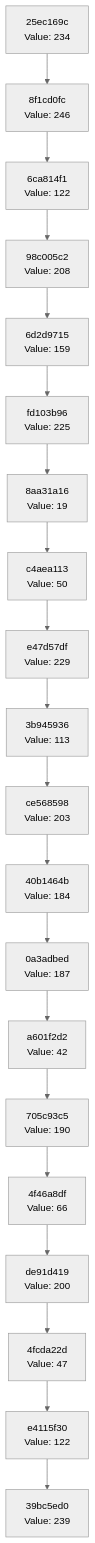
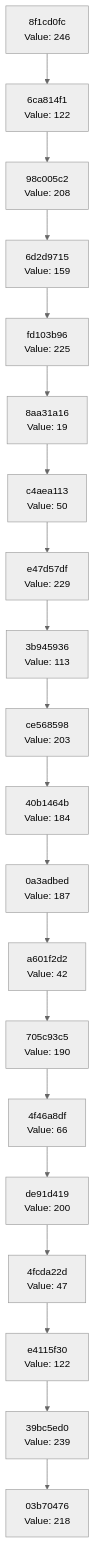
One commit to Abhisheksinha1506/hash-chain-evolver changed the diagram in docs/CHAIN_VISUALIZATION.md. Above: the diagram before and after it, drawn with Mermaid (neutral theme). The commit also changed 3 other files, not shown here.

````diff
--- a/docs/CHAIN_VISUALIZATION.md
+++ b/docs/CHAIN_VISUALIZATION.md
@@ -3,42 +3,42 @@
 ```mermaid
 graph TD
-    C0["39bc5ed0<br/>Value: 239"]
-    C1["e4115f30<br/>Value: 122"]
+    C0["03b70476<br/>Value: 218"]
+    C1["39bc5ed0<br/>Value: 239"]
     C1 --> C0
-    C2["4fcda22d<br/>Value: 47"]
+    C2["e4115f30<br/>Value: 122"]
     C2 --> C1
-    C3["de91d419<br/>Value: 200"]
+    C3["4fcda22d<br/>Value: 47"]
     C3 --> C2
-    C4["4f46a8df<br/>Value: 66"]
+    C4["de91d419<br/>Value: 200"]
     C4 --> C3
-    C5["705c93c5<br/>Value: 190"]
+    C5["4f46a8df<br/>Value: 66"]
     C5 --> C4
-    C6["a601f2d2<br/>Value: 42"]
+    C6["705c93c5<br/>Value: 190"]
     C6 --> C5
-    C7["0a3adbed<br/>Value: 187"]
+    C7["a601f2d2<br/>Value: 42"]
     C7 --> C6
-    C8["40b1464b<br/>Value: 184"]
+    C8["0a3adbed<br/>Value: 187"]
     C8 --> C7
-    C9["ce568598<br/>Value: 203"]
+    C9["40b1464b<br/>Value: 184"]
     C9 --> C8
-    C10["3b945936<br/>Value: 113"]
+    C10["ce568598<br/>Value: 203"]
     C10 --> C9
-    C11["e47d57df<br/>Value: 229"]
+    C11["3b945936<br/>Value: 113"]
     C11 --> C10
-    C12["c4aea113<br/>Value: 50"]
+    C12["e47d57df<br/>Value: 229"]
     C12 --> C11
-    C13["8aa31a16<br/>Value: 19"]
+    C13["c4aea113<br/>Value: 50"]
     C13 --> C12
-    C14["fd103b96<br/>Value: 225"]
+    C14["8aa31a16<br/>Value: 19"]
     C14 --> C13
-    C15["6d2d9715<br/>Value: 159"]
+    C15["fd103b96<br/>Value: 225"]
     C15 --> C14
-    C16["98c005c2<br/>Value: 208"]
+    C16["6d2d9715<br/>Value: 159"]
     C16 --> C15
-    C17["6ca814f1<br/>Value: 122"]
+    C17["98c005c2<br/>Value: 208"]
     C17 --> C16
-    C18["8f1cd0fc<br/>Value: 246"]
+    C18["6ca814f1<br/>Value: 122"]
     C18 --> C17
-    C19["25ec169c<br/>Value: 234"]
+    C19["8f1cd0fc<br/>Value: 246"]
     C19 --> C18
 ```
````
